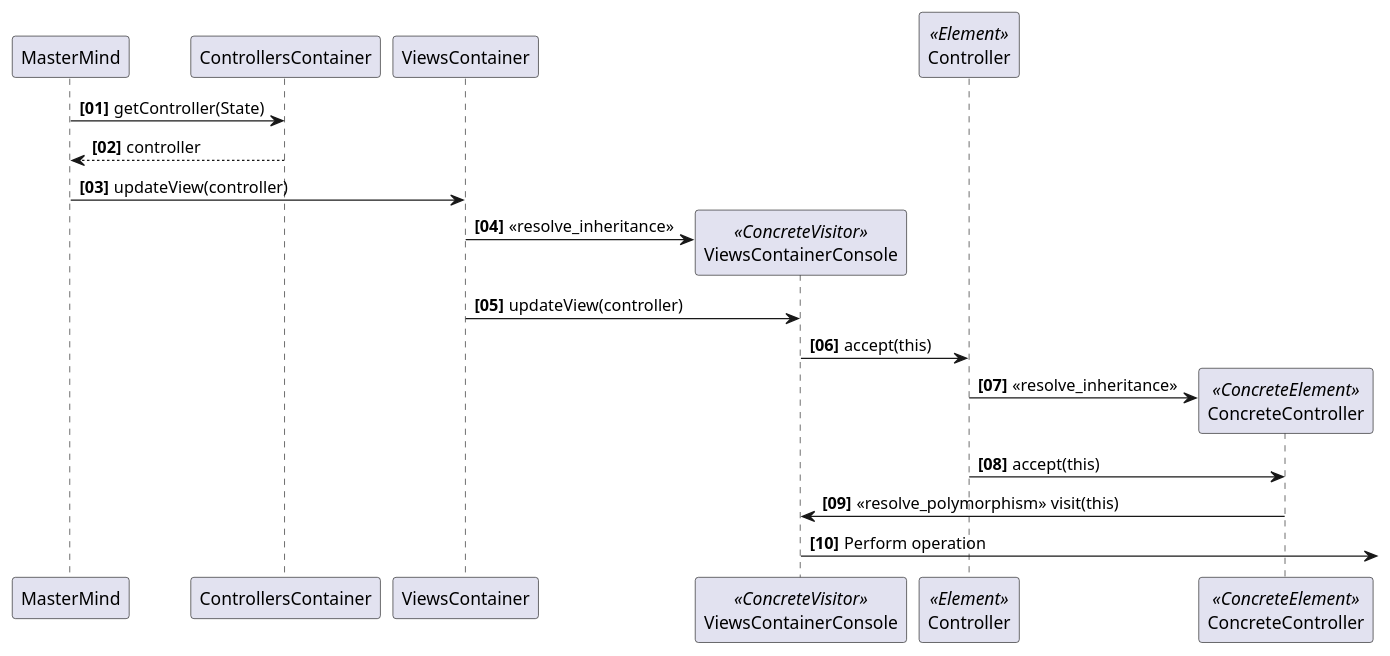
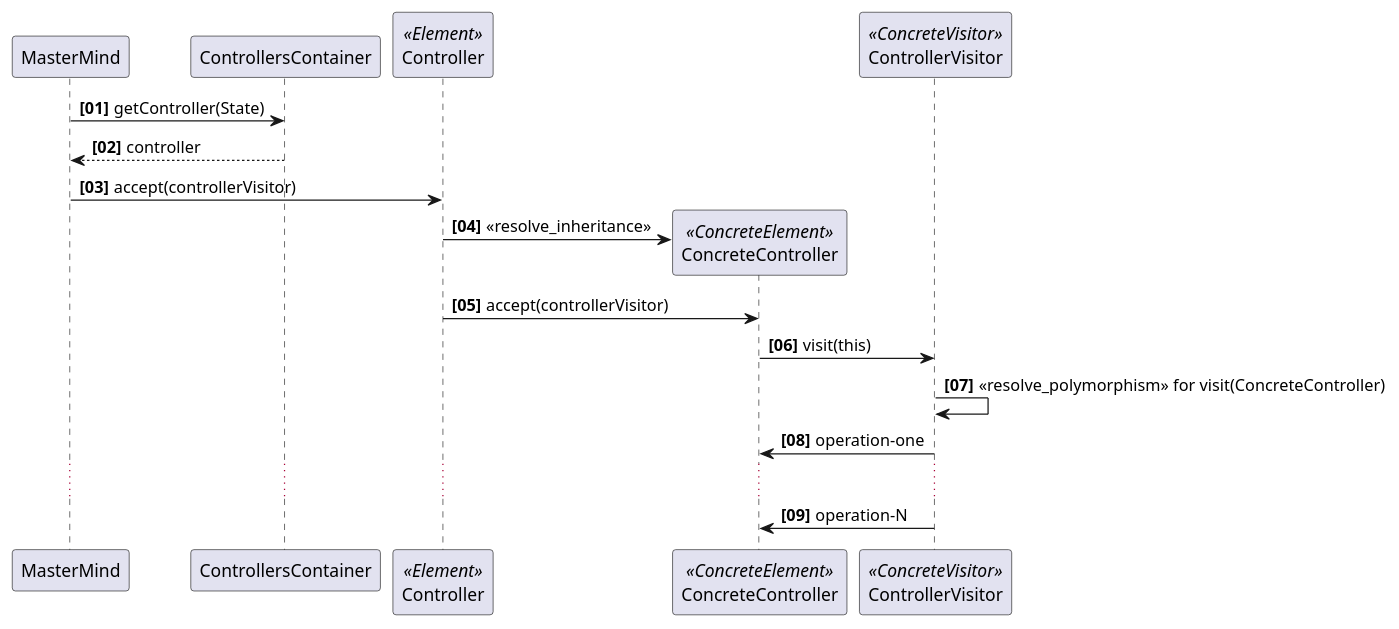
Before and after one commit to ciscoruiz/mastermind: the diagram in doc/mastermind.visitor.puml, drawn with PlantUML. The commit also changed 5 other files, not shown here.

Commit message:
Redesign diagrams with views.ViewsContoller

```diff
--- a/doc/mastermind.visitor.puml
+++ b/doc/mastermind.visitor.puml
@@ -1,25 +1,23 @@
 @startuml
 autonumber "<b>[00]"
 
 MasterMind -> ControllersContainer: getController(State)
 ControllersContainer --> MasterMind: controller
 
-MasterMind -> ViewsContainer: updateView(controller)
-
-participant "ViewsContainerConsole" as ViewsContainerConsole <<ConcreteVisitor>>
-create ViewsContainerConsole
-ViewsContainer -> ViewsContainerConsole : <<resolve_inheritance>>
-ViewsContainer -> ViewsContainerConsole: updateView(controller)
-
 participant "Controller" as Controller <<Element>>
-ViewsContainerConsole -> Controller : accept(this)
+MasterMind -> Controller : accept(controllerVisitor)
 
 participant "ConcreteController" as ConcreteController <<ConcreteElement>>
 create ConcreteController
 Controller -> ConcreteController : <<resolve_inheritance>>
-Controller -> ConcreteController : accept(this)
+Controller -> ConcreteController : accept(controllerVisitor)
 
-ConcreteController -> ViewsContainerConsole : <<resolve_polymorphism>> visit(this)
-ViewsContainerConsole ->] : Perform operation
+participant "ControllerVisitor" as ControllerVisitor <<ConcreteVisitor>>
+
+ConcreteController -> ControllerVisitor : visit(this)
+ControllerVisitor -> ControllerVisitor : <<resolve_polymorphism>> for visit(ConcreteController)
+ControllerVisitor -> ConcreteController : operation-one
+...
+ControllerVisitor -> ConcreteController : operation-N
 
 @enduml
```
